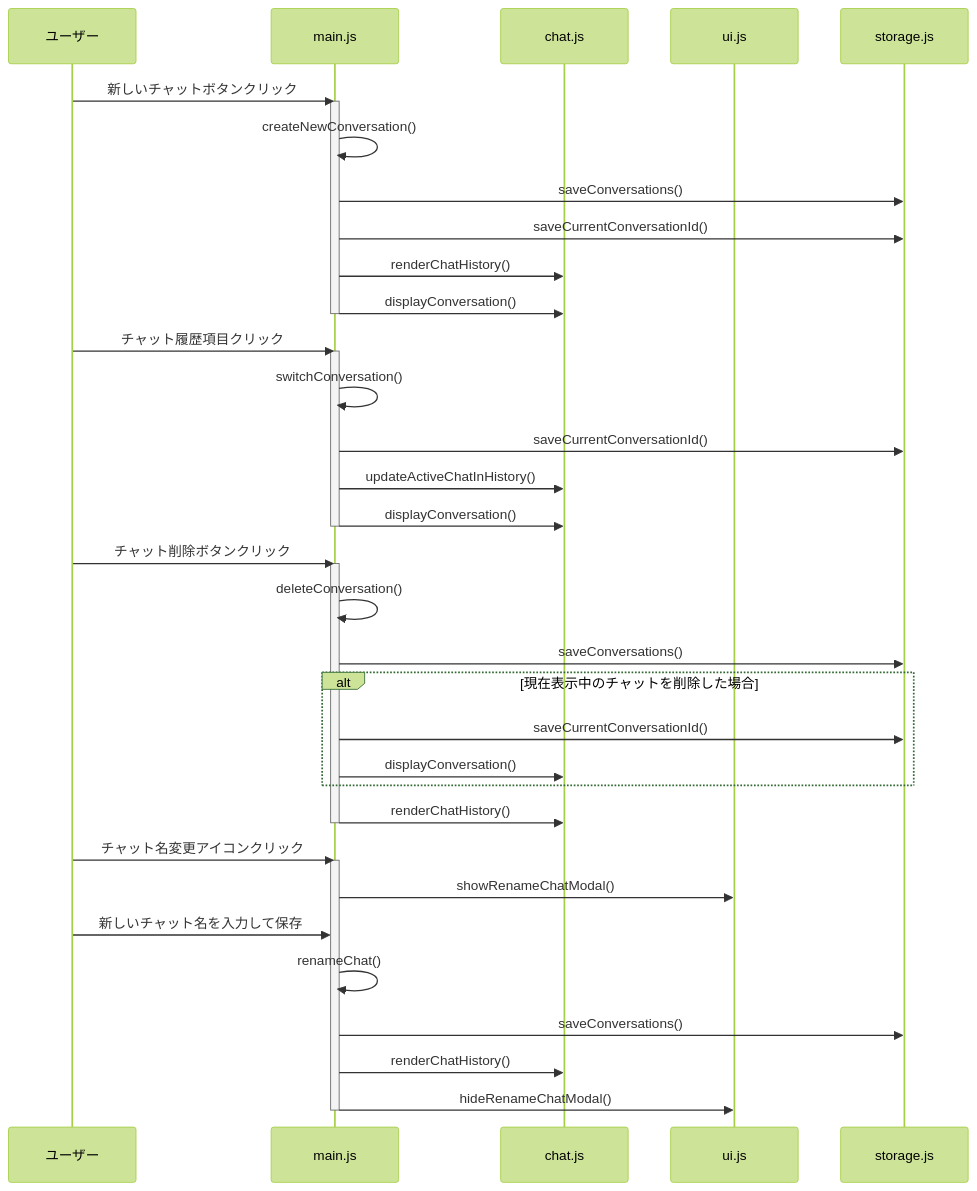
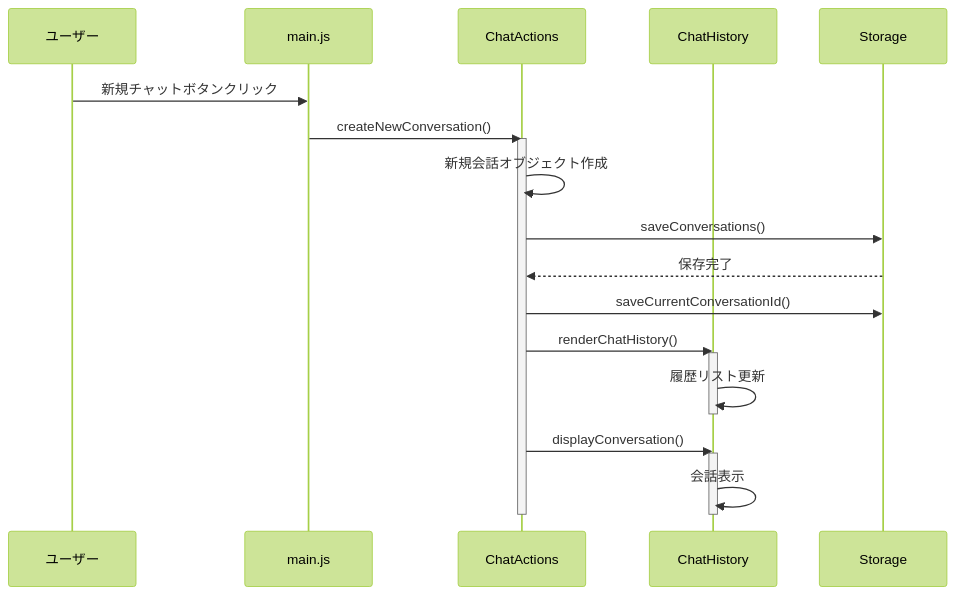
One commit to SuperPyonchiX/ChatBot changed the eighth of 9 diagrams in ChatBot_設計仕様書.md. Above: the diagram before and after it, drawn with Mermaid (forest theme). The commit also changed other lines of this file, not shown here.

````diff
--- a/ChatBot_設計仕様書.md
+++ b/ChatBot_設計仕様書.md
@@ -478,46 +1286,29 @@
 ```mermaid
 sequenceDiagram
     participant User as ユーザー
     participant Main as main.js
-    participant Chat as chat.js
-    participant UI as ui.js
-    participant Storage as storage.js
+    participant ChatActions as ChatActions
+    participant ChatHistory as ChatHistory
+    participant Storage as Storage
     
-    User->>Main: 新しいチャットボタンクリック
-    activate Main
-    Main->>Main: createNewConversation()
-    Main->>Storage: saveConversations()
-    Main->>Storage: saveCurrentConversationId()
-    Main->>Chat: renderChatHistory()
-    Main->>Chat: displayConversation()
-    deactivate Main
+    User->>Main: 新規チャットボタンクリック
+    Main->>ChatActions: createNewConversation()
+    activate ChatActions
     
-    User->>Main: チャット履歴項目クリック
-    activate Main
-    Main->>Main: switchConversation()
-    Main->>Storage: saveCurrentConversationId()
-    Main->>Chat: updateActiveChatInHistory()
-    Main->>Chat: displayConversation()
-    deactivate Main
+    ChatActions->>ChatActions: 新規会話オブジェクト作成
+    ChatActions->>Storage: saveConversations()
+    Storage-->>ChatActions: 保存完了
     
-    User->>Main: チャット削除ボタンクリック
-    activate Main
-    Main->>Main: deleteConversation()
-    Main->>Storage: saveConversations()
-    alt 現在表示中のチャットを削除した場合
-        Main->>Storage: saveCurrentConversationId()
-        Main->>Chat: displayConversation()
-    end
-    Main->>Chat: renderChatHistory()
-    deactivate Main
+    ChatActions->>Storage: saveCurrentConversationId()
+    ChatActions->>ChatHistory: renderChatHistory()
+    activate ChatHistory
+    ChatHistory->>ChatHistory: 履歴リスト更新
+    deactivate ChatHistory
     
-    User->>Main: チャット名変更アイコンクリック
-    activate Main
-    Main->>UI: showRenameChatModal()
-    User->>Main: 新しいチャット名を入力して保存
-    Main->>Main: renameChat()
-    Main->>Storage: saveConversations()
-    Main->>Chat: renderChatHistory()
-    Main->>UI: hideRenameChatModal()
-    deactivate Main
+    ChatActions->>ChatHistory: displayConversation()
+    activate ChatHistory
+    ChatHistory->>ChatHistory: 会話表示
+    deactivate ChatHistory
+    
+    deactivate ChatActions
 ```
````
